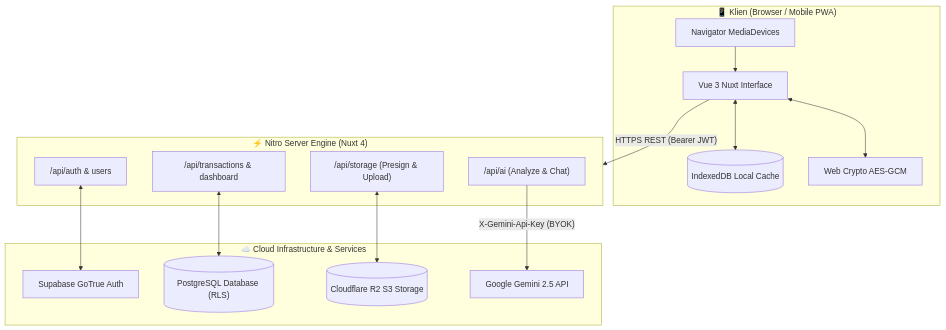
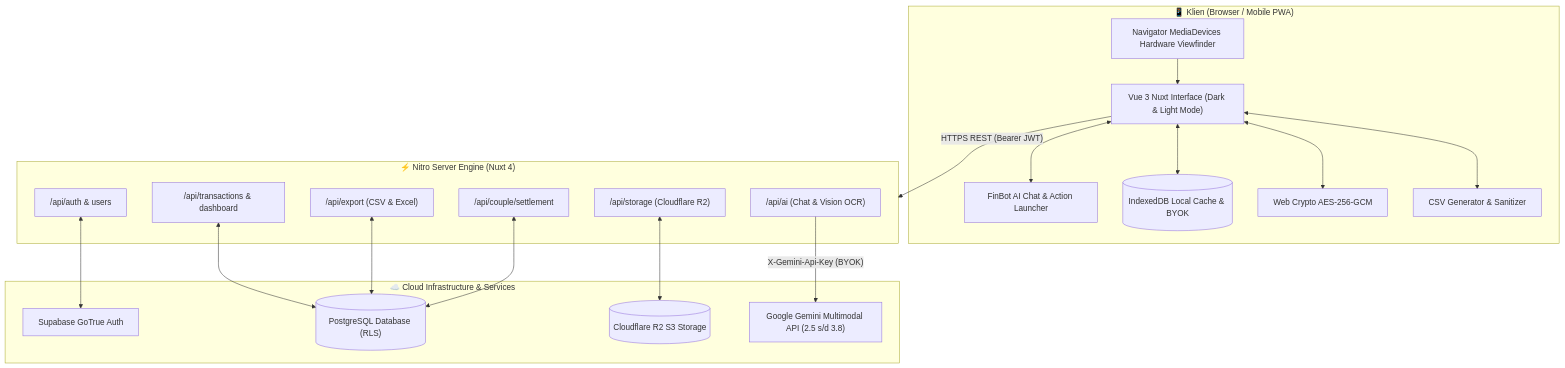
The first of 2 diagrams in README.md (thealfin/couplecash), drawn with Mermaid before and after one commit. The commit also changed other lines of this file and 62 other files, not shown here.

````diff
--- a/README.md
+++ b/README.md
@@ -169,34 +236,42 @@
 ```mermaid
 graph TD
     subgraph Klien ["📱 Klien (Browser / Mobile PWA)"]
-        UI["Vue 3 Nuxt Interface"]
-        IDB[("IndexedDB Local Cache")]
-        WebCrypto["Web Crypto AES-GCM"]
-        CameraAPI["Navigator MediaDevices"]
+        UI["Vue 3 Nuxt Interface (Dark & Light Mode)"]
+        FinBot["FinBot AI Chat & Action Launcher"]
+        IDB[("IndexedDB Local Cache & BYOK")]
+        WebCrypto["Web Crypto AES-256-GCM"]
+        CameraAPI["Navigator MediaDevices Hardware Viewfinder"]
+        CSVExport["CSV Generator & Sanitizer"]
     end
 
     subgraph Server ["⚡ Nitro Server Engine (Nuxt 4)"]
         APIAuth["/api/auth & users"]
-        APIAI["/api/ai (Analyze & Chat)"]
+        APIAI["/api/ai (Chat & Vision OCR)"]
         APITrx["/api/transactions & dashboard"]
-        APIStorage["/api/storage (Presign & Upload)"]
+        APIExport["/api/export (CSV & Excel)"]
+        APISettlement["/api/couple/settlement"]
+        APIStorage["/api/storage (Cloudflare R2)"]
     end
 
     subgraph Cloud ["☁️ Cloud Infrastructure & Services"]
         SupabaseAuth["Supabase GoTrue Auth"]
         SupabaseDB[("PostgreSQL Database (RLS)")]
         CloudflareR2[("Cloudflare R2 S3 Storage")]
-        GeminiAPI["Google Gemini 2.5 API"]
+        GeminiAPI["Google Gemini Multimodal API (2.5 s/d 3.8)"]
     end
 
+    UI <--> FinBot
     UI <--> WebCrypto
     UI <--> IDB
+    UI <--> CSVExport
     CameraAPI --> UI
 
     UI -- "HTTPS REST (Bearer JWT)" --> Server
 
     APIAuth <--> SupabaseAuth
     APITrx <--> SupabaseDB
+    APIExport <--> SupabaseDB
+    APISettlement <--> SupabaseDB
     APIAI -- "X-Gemini-Api-Key (BYOK)" --> GeminiAPI
     APIStorage <--> CloudflareR2
 ```
````
